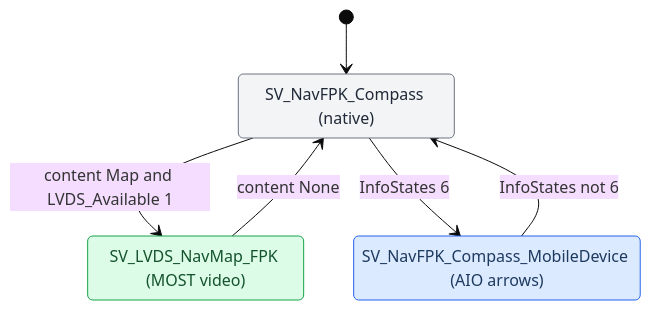
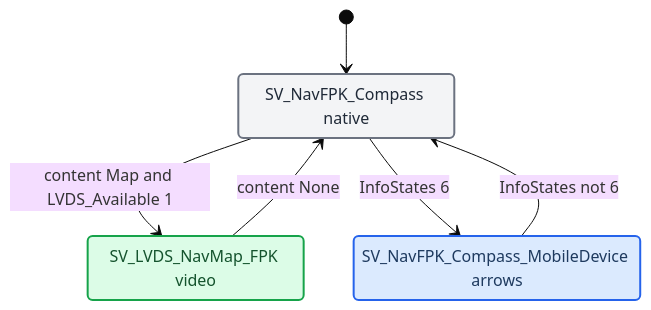
The second of 2 diagrams in docs-obsidian/Cluster and RGI/HUD Renderer.md (luka-dev/mib2q-carplay-rgi), drawn with Mermaid (base theme) before and after one commit. The commit also changed other lines of this file and 43 other files, not shown here.

````diff
--- a/docs-obsidian/Cluster and RGI/HUD Renderer.md
+++ b/docs-obsidian/Cluster and RGI/HUD Renderer.md
@@ -66,19 +78,19 @@
 ```mermaid
 stateDiagram-v2
   accTitle: VC FPK nav display selection
   accDescr: How INTERN_Active_NavFPK_Content, LVDS_Available, and InfoStates select the LVDS map, the AIO-arrow view, or the compass.
   [*] --> compass
-  compass: SV_NavFPK_Compass (native)
-  lvds_map: SV_LVDS_NavMap_FPK (MOST video)
-  aio: SV_NavFPK_Compass_MobileDevice (AIO arrows)
+  compass: SV_NavFPK_Compass native
+  lvds_map: SV_LVDS_NavMap_FPK video
+  aio: SV_NavFPK_Compass_MobileDevice arrows
   compass --> lvds_map: content Map and LVDS_Available 1
   compass --> aio: InfoStates 6
   lvds_map --> compass: content None
   aio --> compass: InfoStates not 6
+  classDef primary fill:#dbeafe,stroke:#2563eb,stroke-width:2px,color:#1e3a5f
+  classDef success fill:#dcfce7,stroke:#16a34a,stroke-width:2px,color:#14532d
+  classDef neutral fill:#f3f4f6,stroke:#6b7280,stroke-width:2px,color:#1f2937
   class lvds_map success
   class aio primary
   class compass neutral
-  classDef primary fill:#dbeafe,stroke:#2563eb,color:#1e3a5f
-  classDef success fill:#dcfce7,stroke:#16a34a,color:#14532d
-  classDef neutral fill:#f3f4f6,stroke:#6b7280,color:#1f2937
 ```
````
